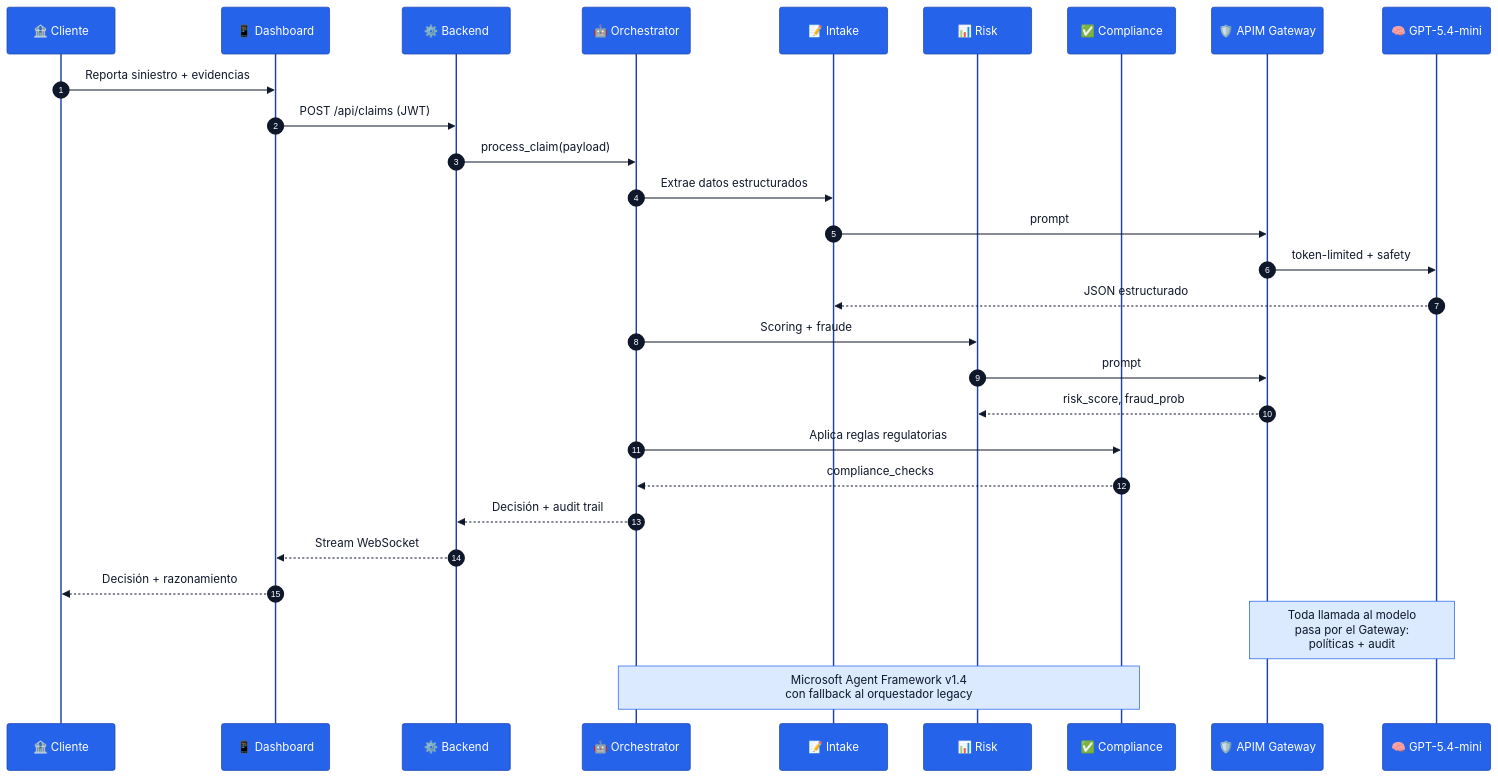
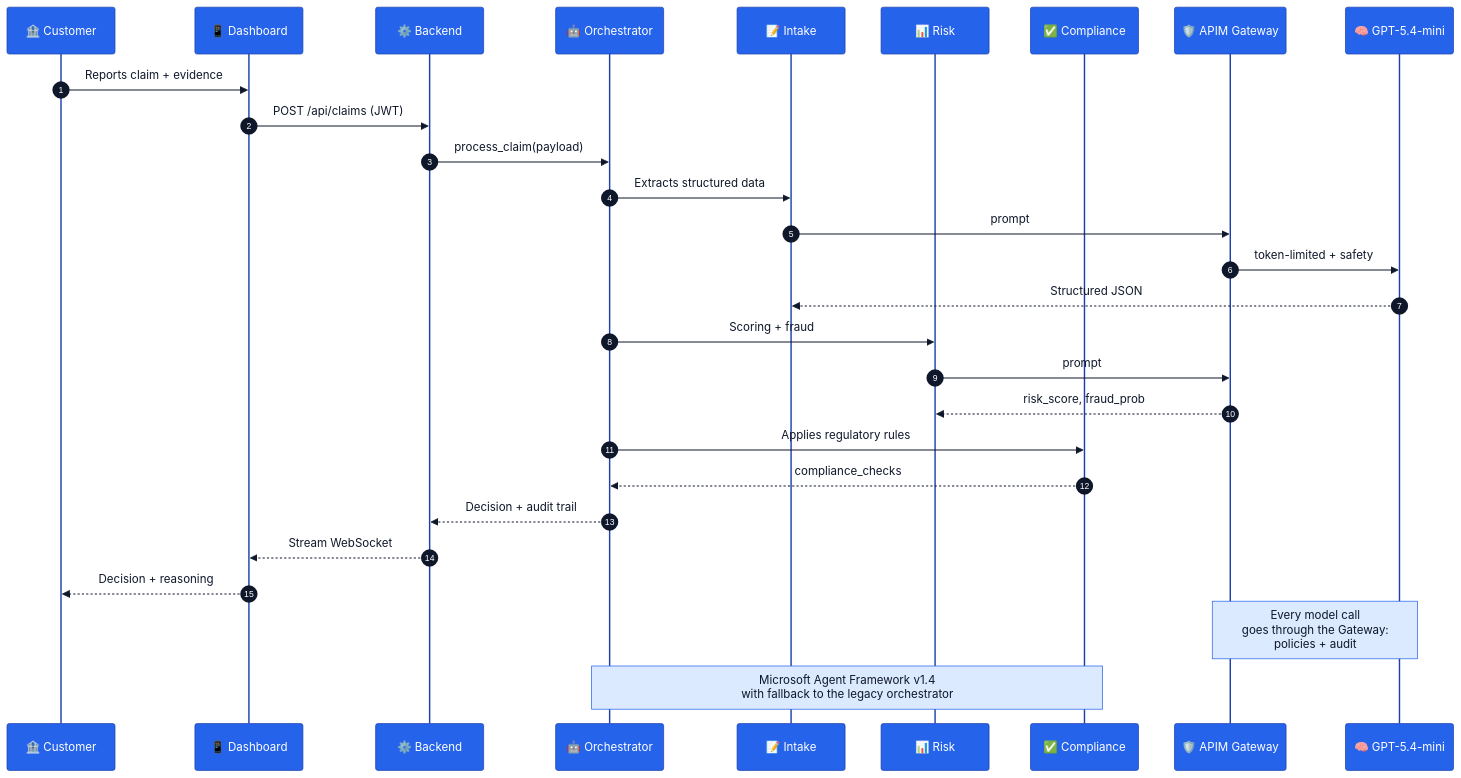
Before and after one commit to Azure/AgentVerse: the diagram in src/insurance-ai-agents/README.md, drawn with Mermaid. The commit also changed other lines of this file and 63 other files, not shown here.

````diff
--- a/src/insurance-ai-agents/README.md
+++ b/src/insurance-ai-agents/README.md
@@ -51,33 +51,33 @@
 ```mermaid
 %%{init: {'theme':'base', 'themeVariables': { 'primaryColor':'#2563EB','primaryTextColor':'#fff','lineColor':'#0F172A','actorBkg':'#2563EB','actorTextColor':'#fff','actorBorder':'#1E40AF','signalColor':'#0F172A','signalTextColor':'#0F172A','sequenceNumberColor':'#fff','noteBkgColor':'#DBEAFE','noteTextColor':'#0F172A','noteBorderColor':'#2563EB','fontFamily':'Inter, system-ui, sans-serif'} }}%%
 sequenceDiagram
     autonumber
-    participant C as 🏦 Cliente
+    participant C as 🏦 Customer
     participant D as 📱 Dashboard
     participant B as ⚙️ Backend
     participant O as 🤖 Orchestrator
     participant I as 📝 Intake
     participant R as 📊 Risk
     participant K as ✅ Compliance
     participant G as 🛡️ APIM Gateway
     participant M as 🧠 GPT-5.4-mini
 
-    C->>D: Reporta siniestro + evidencias
+    C->>D: Reports claim + evidence
     D->>B: POST /api/claims (JWT)
     B->>O: process_claim(payload)
-    O->>I: Extrae datos estructurados
+    O->>I: Extracts structured data
     I->>G: prompt
     G->>M: token-limited + safety
-    M-->>I: JSON estructurado
-    O->>R: Scoring + fraude
+    M-->>I: Structured JSON
+    O->>R: Scoring + fraud
     R->>G: prompt
     G-->>R: risk_score, fraud_prob
-    O->>K: Aplica reglas regulatorias
+    O->>K: Applies regulatory rules
     K-->>O: compliance_checks
-    O-->>B: Decisión + audit trail
+    O-->>B: Decision + audit trail
     B-->>D: Stream WebSocket
-    D-->>C: Decisión + razonamiento
+    D-->>C: Decision + reasoning
 
-    Note over G,M: Toda llamada al modelo<br/>pasa por el Gateway:<br/>políticas + audit
-    Note over O,K: Microsoft Agent Framework v1.4<br/>con fallback al orquestador legacy
+    Note over G,M: Every model call<br/>goes through the Gateway:<br/>policies + audit
+    Note over O,K: Microsoft Agent Framework v1.4<br/>with fallback to the legacy orchestrator
 ```
````
